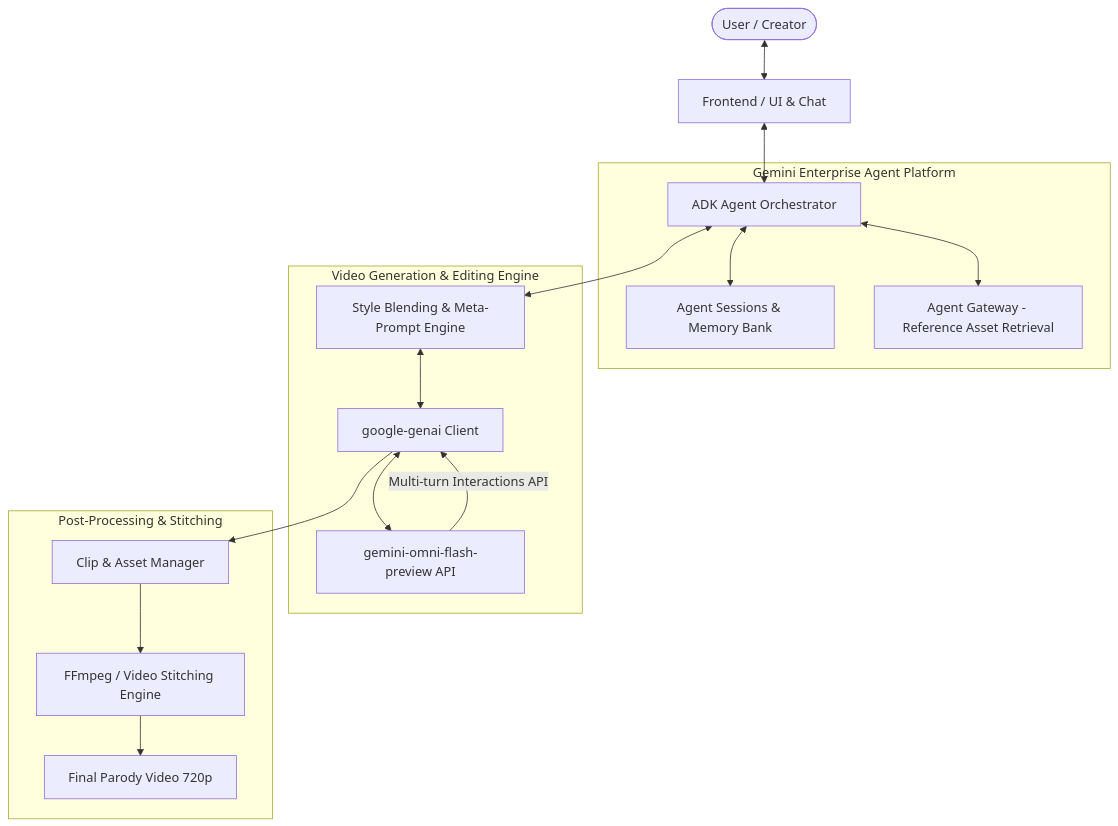
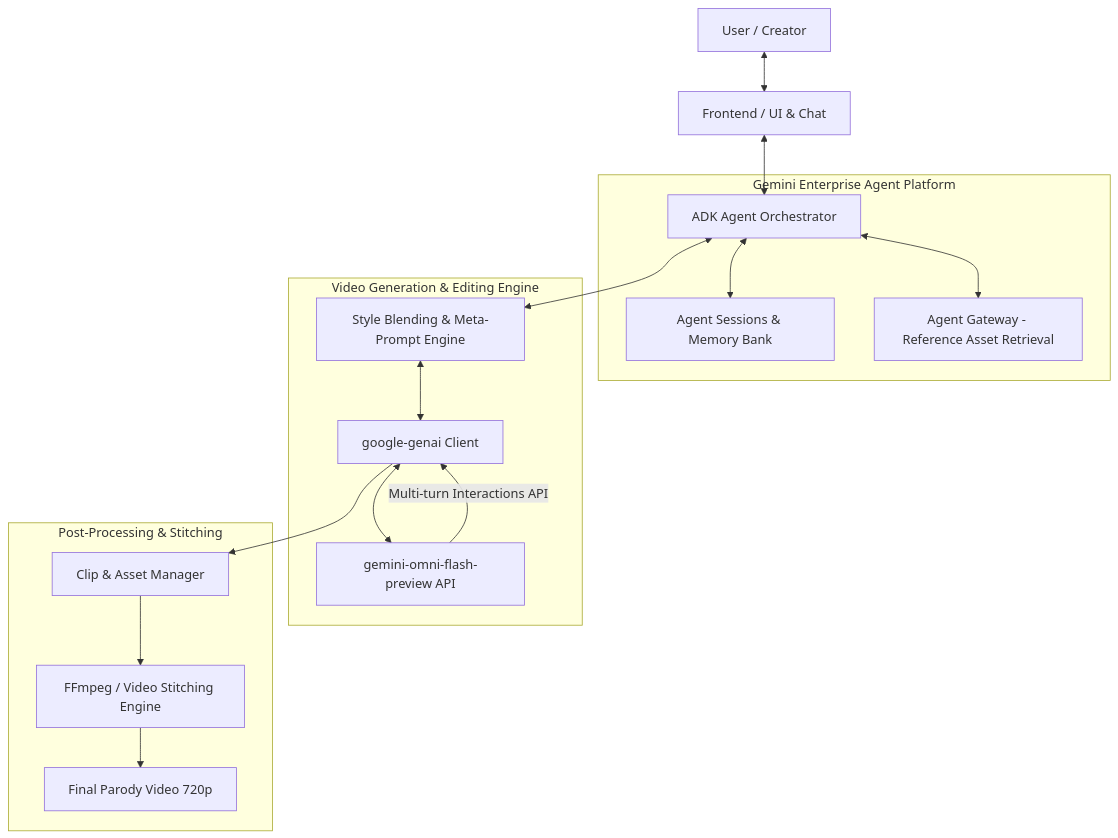
Before and after one commit to tottenjordan/omnimash: the diagram in docs/notes/architecture_omnimash.md, drawn with Mermaid. The commit also changed other lines of this file and 8 other files, not shown here.

Commit message:
docs(mermaid): sweep and fix all mermaid subgraph syntax, unquoted labels, and math rendering

````diff
--- a/docs/notes/architecture_omnimash.md
+++ b/docs/notes/architecture_omnimash.md
@@ -10,23 +10,23 @@
 ```mermaid
 graph TD
-    User([User / Creator]) <--> UI[Frontend / UI & Chat]
-    UI <--> Orchestrator[ADK Agent Orchestrator]
+    User["User / Creator"] <--> UI["Frontend / UI & Chat"]
+    UI <--> Orchestrator["ADK Agent Orchestrator"]
     
-    subgraph Gemini Enterprise Agent Platform
-        Orchestrator <--> Sessions[Agent Sessions & Memory Bank]
-        Orchestrator <--> Gateway[Agent Gateway - Reference Asset Retrieval]
+    subgraph GeminiPlatform["Gemini Enterprise Agent Platform"]
+        Orchestrator <--> Sessions["Agent Sessions & Memory Bank"]
+        Orchestrator <--> Gateway["Agent Gateway - Reference Asset Retrieval"]
     end
 
-    subgraph Video Generation & Editing Engine
-        Orchestrator <--> PromptEngine[Style Blending & Meta-Prompt Engine]
-        PromptEngine <--> OmniClient[google-genai Client]
-        OmniClient <--> OmniModel[gemini-omni-flash-preview API]
-        OmniModel -- Multi-turn Interactions API --> OmniClient
+    subgraph VideoGen["Video Generation & Editing Engine"]
+        Orchestrator <--> PromptEngine["Style Blending & Meta-Prompt Engine"]
+        PromptEngine <--> OmniClient["google-genai Client"]
+        OmniClient <--> OmniModel["gemini-omni-flash-preview API"]
+        OmniModel -->|"Multi-turn Interactions API"| OmniClient
     end
 
-    subgraph Post-Processing & Stitching
-        OmniClient --> ClipManager[Clip & Asset Manager]
-        ClipManager --> Stitcher[FFmpeg / Video Stitching Engine]
-        Stitcher --> Output[Final Parody Video 720p]
+    subgraph PostProcessing["Post-Processing & Stitching"]
+        OmniClient --> ClipManager["Clip & Asset Manager"]
+        ClipManager --> Stitcher["FFmpeg / Video Stitching Engine"]
+        Stitcher --> Output["Final Parody Video 720p"]
     end
 ```
````
